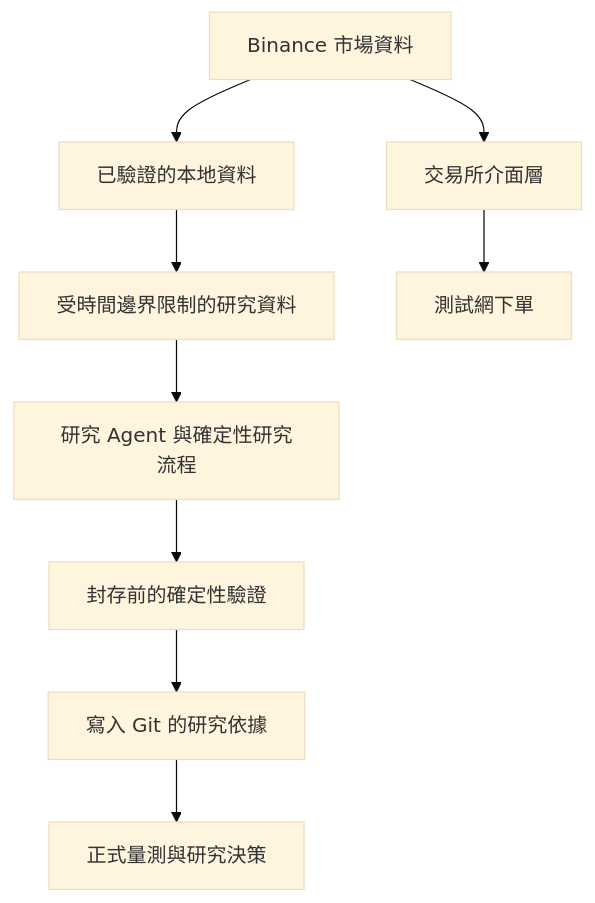
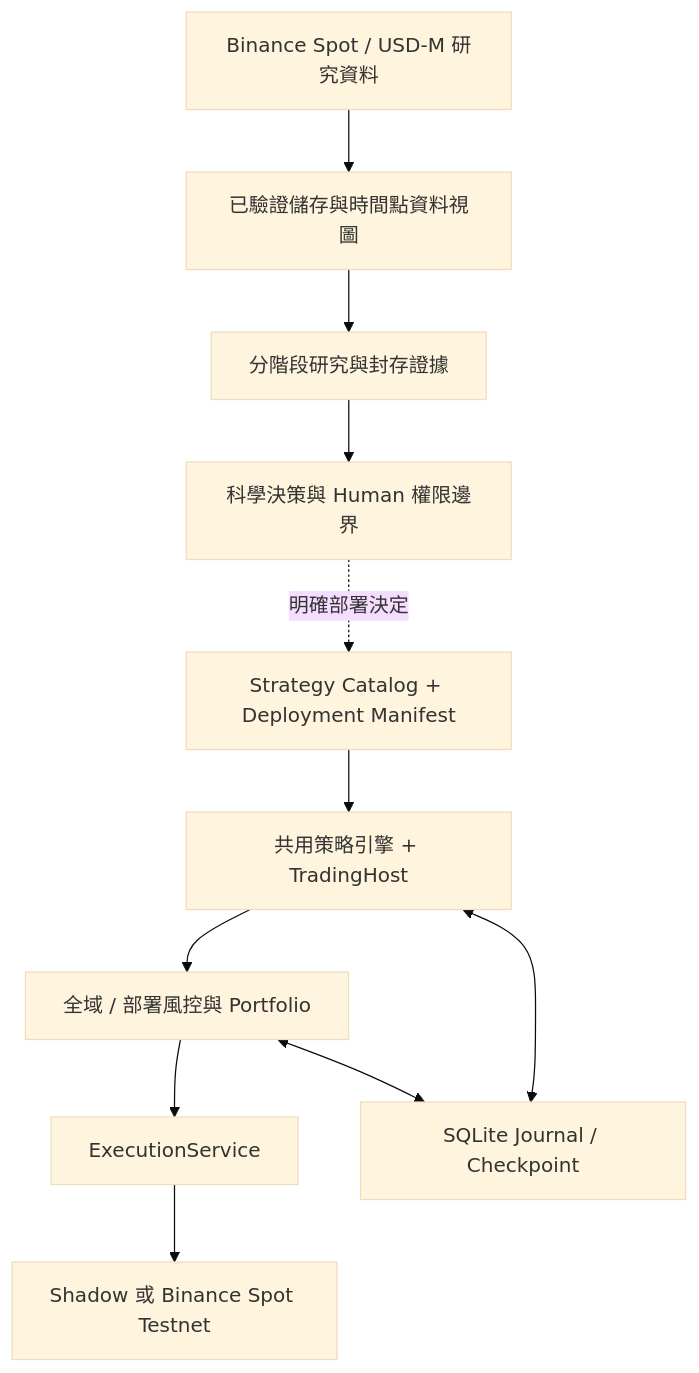
Before and after one commit to terrylu930119/crypto-research-platform: the diagram in ARCHITECTURE.zh-TW.md, drawn with Mermaid (base theme). The commit also changed other lines of this file and 9 other files, not shown here.

````diff
--- a/ARCHITECTURE.zh-TW.md
+++ b/ARCHITECTURE.zh-TW.md
@@ -7,12 +7,13 @@
 ```mermaid
 flowchart TD
-    A[Binance 市場資料] --> B[已驗證的本地資料]
-    B --> C[受時間邊界限制的研究資料]
-    C --> D[研究 Agent 與確定性研究流程]
-    D --> E[封存前的確定性驗證]
-    E --> F[寫入 Git 的研究依據]
-    F --> G[正式量測與研究決策]
-
-    A --> H[交易所介面層]
-    H --> I[測試網下單]
+    A[Binance Spot / USD-M 研究資料] --> B[已驗證儲存與時間點資料視圖]
+    B --> C[分階段研究與封存證據]
+    C --> D[科學決策與 Human 權限邊界]
+    D -. 明確部署決定 .-> E[Strategy Catalog + Deployment Manifest]
+    E --> F[共用策略引擎 + TradingHost]
+    F --> G[全域 / 部署風控與 Portfolio]
+    G --> H[ExecutionService]
+    H --> I[Shadow 或 Binance Spot Testnet]
+    F <--> J[SQLite Journal / Checkpoint]
+    G <--> J
 ```
````
